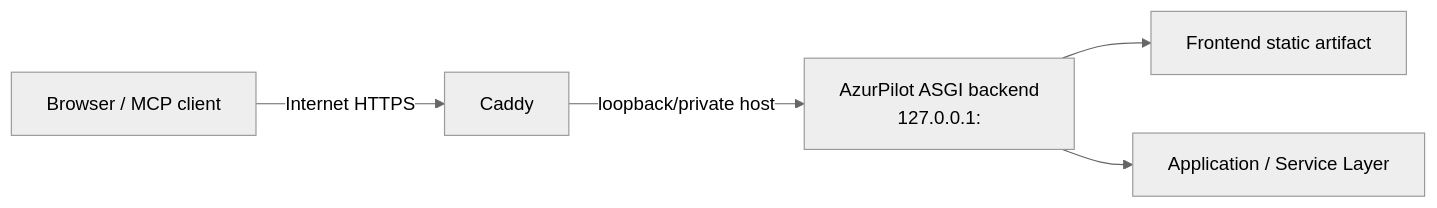
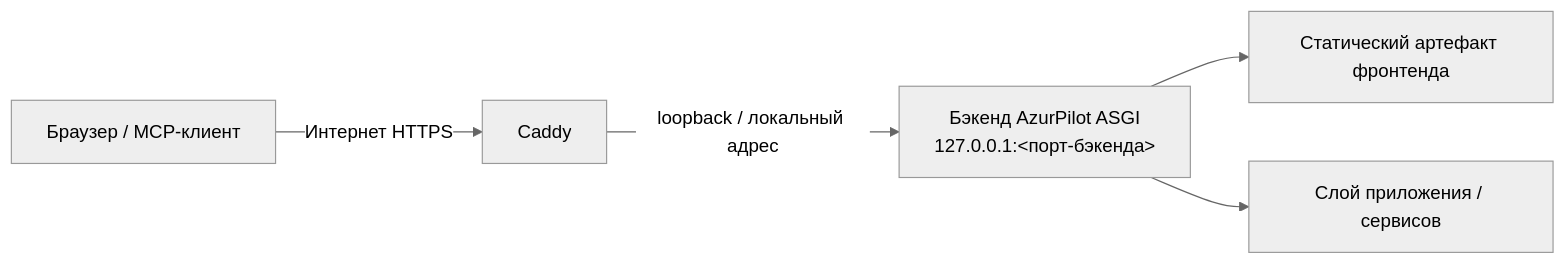
The third of 3 diagrams in docs/architecture/ARCHITECTURE.md (AliceLiddell01/AzurPilot-Web), drawn with Mermaid (neutral theme) before and after one commit. The commit also changed other lines of this file and 10 other files, not shown here.

````diff
--- a/docs/architecture/ARCHITECTURE.md
+++ b/docs/architecture/ARCHITECTURE.md
@@ -233,7 +233,7 @@
 ```mermaid
 flowchart LR
-    Client[Browser / MCP client] -->|Internet HTTPS| Edge[Caddy]
-    Edge -->|loopback/private host| Backend[AzurPilot ASGI backend\n127.0.0.1:<backend-port>]
-    Backend --> Static[Frontend static artifact]
-    Backend --> Services[Application / Service Layer]
+    Client[Браузер / MCP-клиент] -->|Интернет HTTPS| Edge[Caddy]
+    Edge -->|loopback / локальный адрес| Backend[Бэкенд AzurPilot ASGI\n127.0.0.1:<порт-бэкенда>]
+    Backend --> Static[Статический артефакт фронтенда]
+    Backend --> Services[Слой приложения / сервисов]
 ```
````
